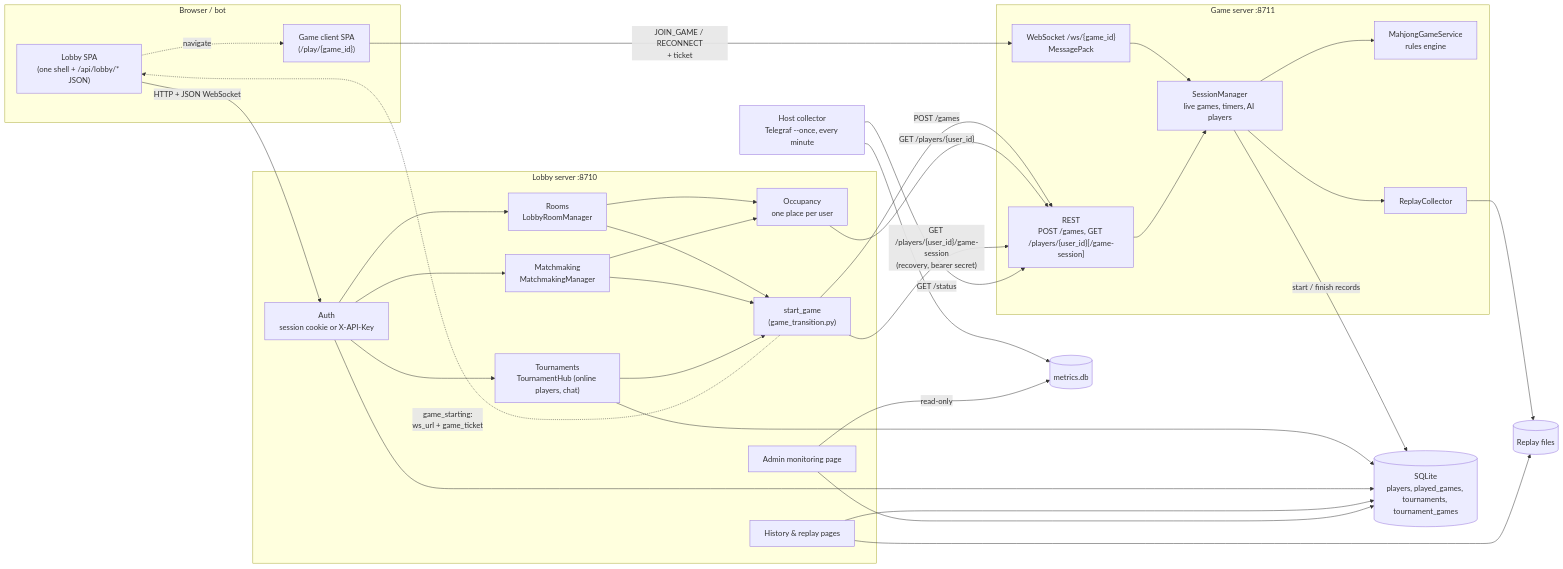
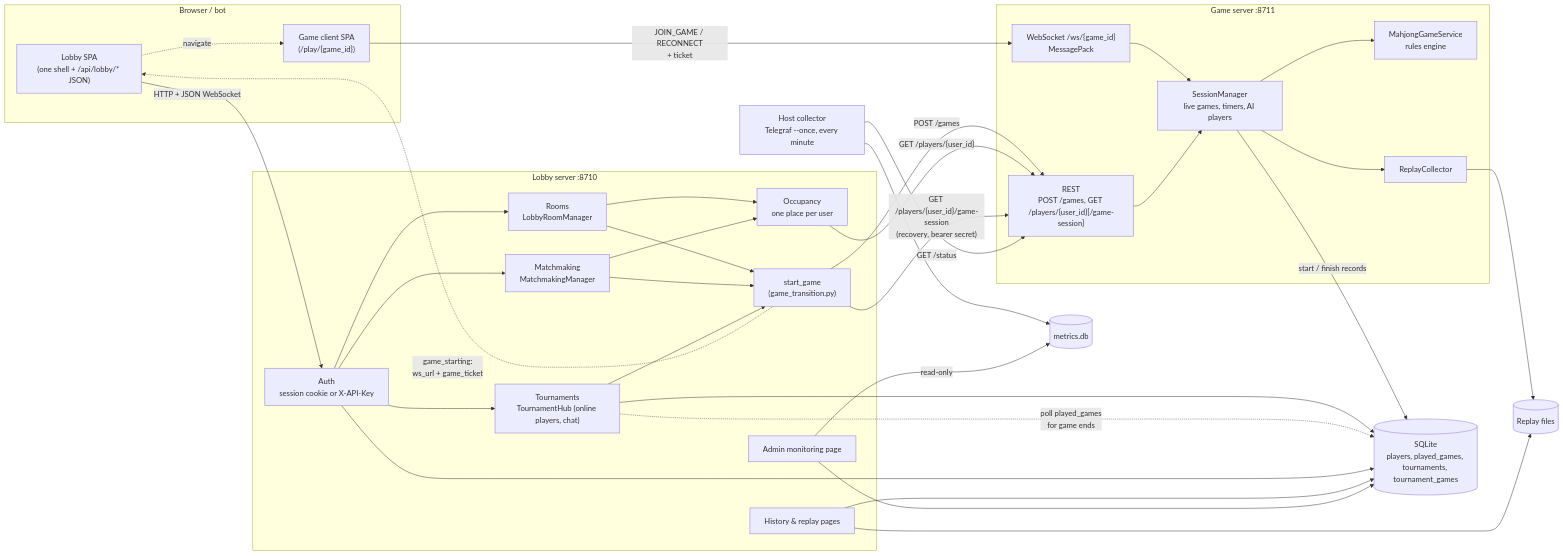
Before and after one commit to MahjongRepository/ronin: the first of 8 diagrams in docs/architecture.md, drawn with Mermaid. The commit also changed other lines of this file and 13 other files, not shown here.

First line of the commit message:
feat: detect finished tournament games and publish game_ended

````diff
--- a/docs/architecture.md
+++ b/docs/architecture.md
@@ -13,54 +13,55 @@
 ```mermaid
 flowchart LR
     subgraph Client["Browser / bot"]
         LobbyPages["Lobby SPA<br/>(one shell + /api/lobby/* JSON)"]
         GameClient["Game client SPA<br/>(/play/{game_id})"]
     end
 
     subgraph Lobby["Lobby server :8710"]
         Auth["Auth<br/>session cookie or X-API-Key"]
         Rooms["Rooms<br/>LobbyRoomManager"]
         MM["Matchmaking<br/>MatchmakingManager"]
         Tour["Tournaments<br/>TournamentHub (online players, chat)"]
         Occ["Occupancy<br/>one place per user"]
         Start["start_game<br/>(game_transition.py)"]
         History["History & replay pages"]
         Monitoring["Admin monitoring page"]
     end
 
     subgraph Game["Game server :8711"]
         REST["REST<br/>POST /games, GET /players/{user_id}[/game-session]"]
         WS["WebSocket /ws/{game_id}<br/>MessagePack"]
         SM["SessionManager<br/>live games, timers, AI players"]
         Engine["MahjongGameService<br/>rules engine"]
         Replay["ReplayCollector"]
     end
 
     DB[("SQLite<br/>players, played_games, tournaments, tournament_games")]
     Files[("Replay files")]
     Collector["Host collector<br/>Telegraf --once, every minute"]
     Metrics[("metrics.db")]
 
     LobbyPages -- "HTTP + JSON WebSocket" --> Auth
     Auth --> Rooms & MM & Tour
     Tour --> DB
+    Tour -. "poll played_games<br/>for game ends" .-> DB
     Rooms & MM --> Occ
     Rooms & MM & Tour --> Start
     Start -- "POST /games" --> REST
     Occ -- "GET /players/{user_id}" --> REST
     Start -- "GET /players/{user_id}/game-session<br/>(recovery, bearer secret)" --> REST
     Start -. "game_starting:<br/>ws_url + game_ticket" .-> LobbyPages
     LobbyPages -. "navigate" .-> GameClient
     GameClient -- "JOIN_GAME / RECONNECT<br/>+ ticket" --> WS
     WS --> SM --> Engine
     SM --> Replay --> Files
     REST --> SM
     Auth --> DB
     History --> DB
     History --> Files
     SM -- "start / finish records" --> DB
     Collector -- "GET /status" --> REST
     Collector --> Metrics
     Monitoring -- "read-only" --> Metrics
     Monitoring --> DB
 ```
````
